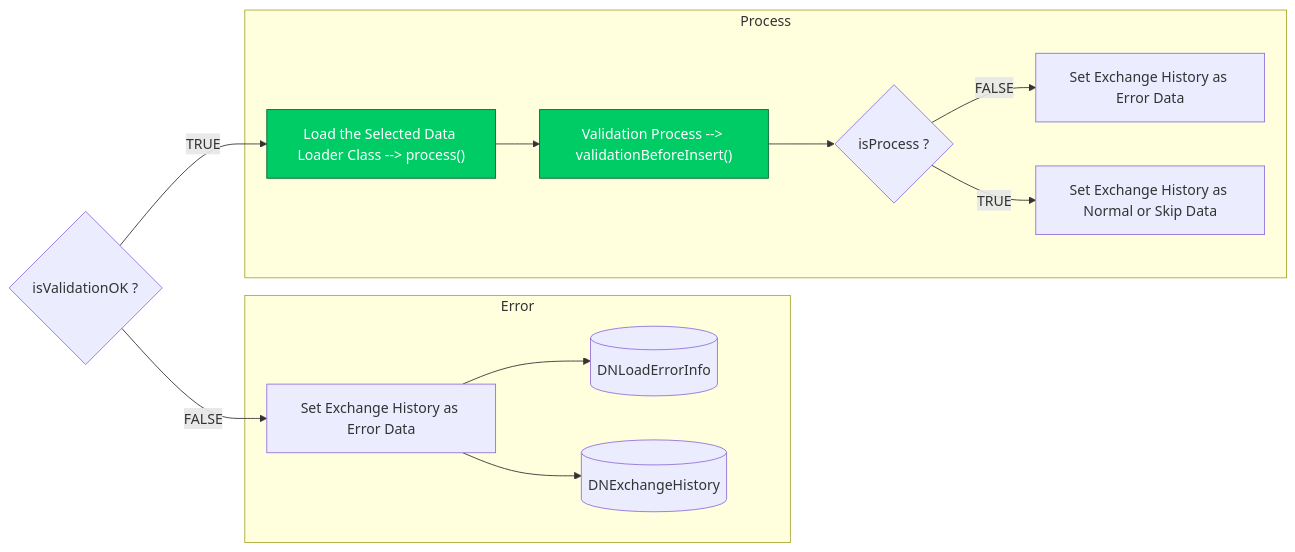
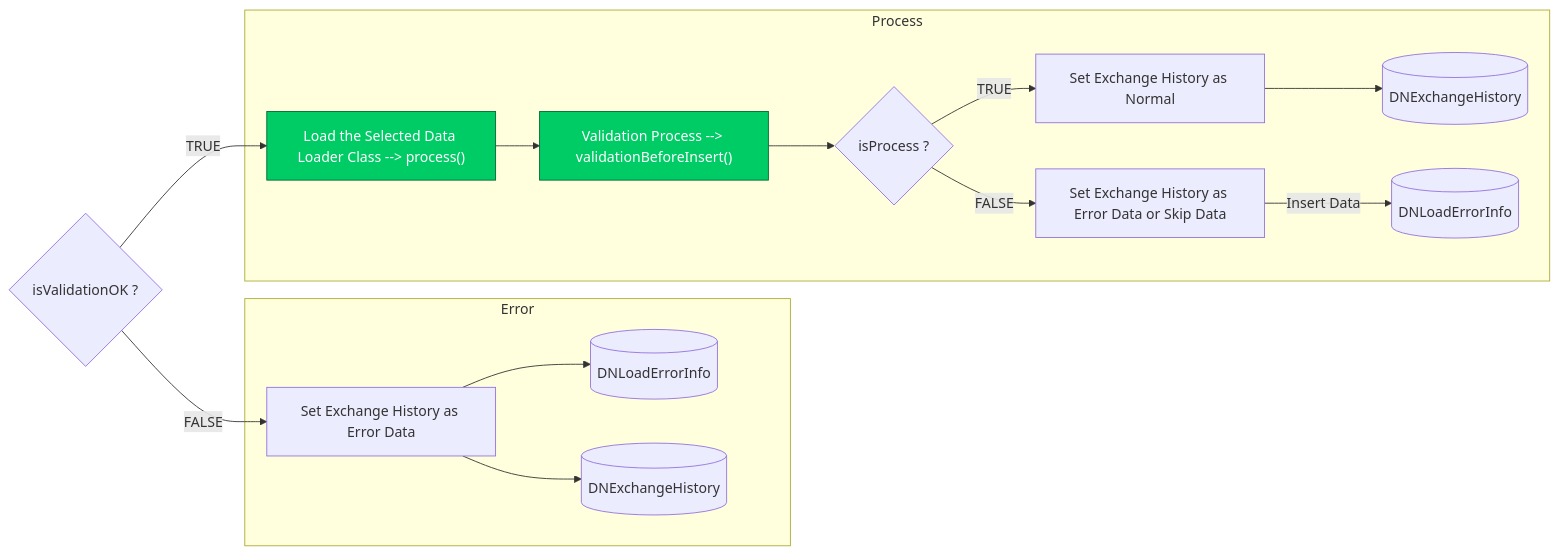
One commit to luthfiadityaa/SimeDarby-Wiki changed the ninth of 9 diagrams in Basic-Design/Host-Interfaces.md. Above: the diagram before and after it, drawn with Mermaid.

Commit message:
Updated Host Interfaces

```diff
--- a/Basic-Design/Host-Interfaces.md
+++ b/Basic-Design/Host-Interfaces.md
@@ -712,30 +712,32 @@
 ::: mermaid
 flowchart LR
 Cond1{"isValidationOK ?"}
 Cond1 --> |TRUE| B2
 Cond1 --> |FALSE| C2
+X1[(DNExchangeHistory)]
 
 subgraph Error
  C2 --> C3 
  C2 --> C4
  C4[(DNExchangeHistory)]
  C3[(DNLoadErrorInfo)]
  C2["Set Exchange History as Error Data"] 
 end
 
 subgraph Process
  B2 --> B3 --> Cond2
  Cond2{"isProcess ?"}
  B2["Load the Selected Data Loader Class --> process()"]
  B3["Validation Process --> validationBeforeInsert()"]
- B4["Set Exchange History as Error Data"]
- B5["Set Exchange History as Normal or Skip Data"]
- Cond2 --> |FALSE| B4
- Cond2 --> |TRUE| B5
+ B4["Set Exchange History as Error Data or Skip Data"]
+ B5["Set Exchange History as Normal"]
+ B6[(DNLoadErrorInfo)]
+ Cond2 --> |FALSE| B4 --> |Insert Data| B6
+ Cond2 --> |TRUE| B5 --> X1
 end 
 
 click B2 "https://dev.azure.com/Daifuku-SW/ID_SimeDarbyPlantation/_wiki/wikis/ID_SimeDarbyPlantation.wiki/833/Host-Interfaces?anchor=stage-3"
 click B3 "https://dev.azure.com/Daifuku-SW/ID_SimeDarbyPlantation/_wiki/wikis/ID_SimeDarbyPlantation.wiki/833/Host-Interfaces?anchor=stage-4"
 style B2 fill:#00cc66,stroke:#006633,color:#ffffff
 style B3 fill:#00cc66,stroke:#006633,color:#ffffff
 :::
```
